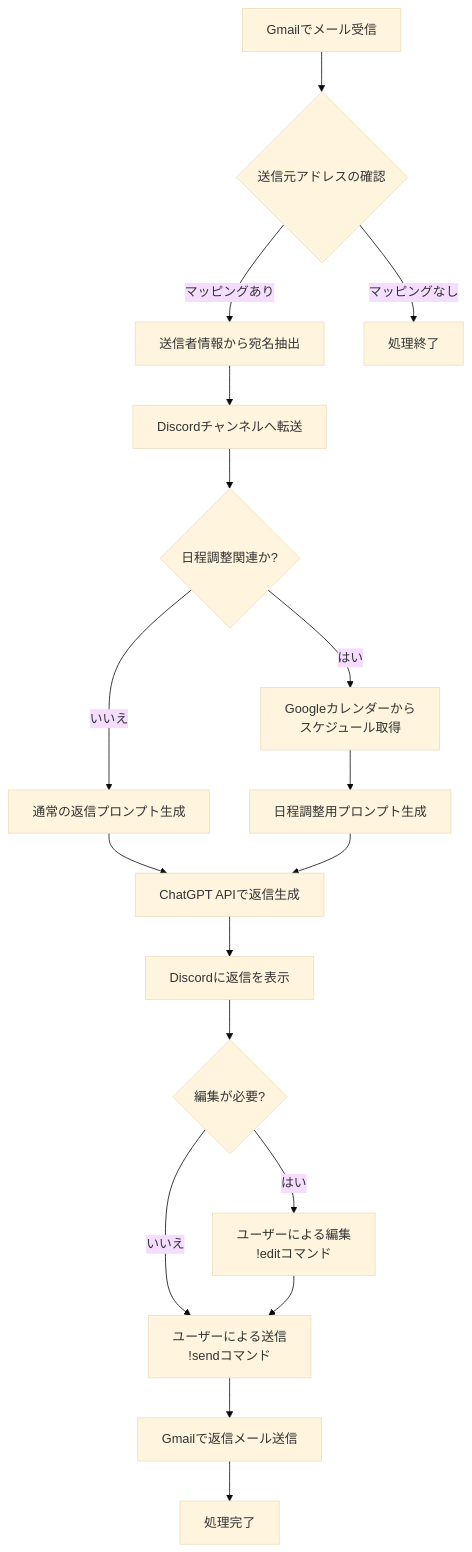
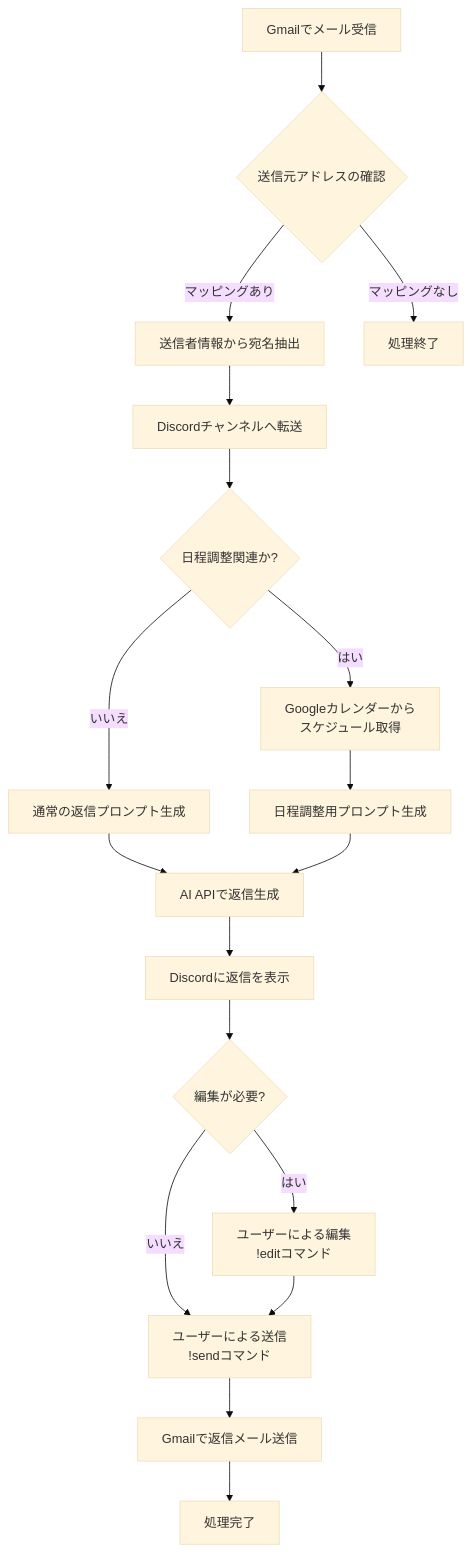
Before and after one commit to YUiCHI-Ai/gmail-discord-ai-responder: the diagram in README.md, drawn with Mermaid (base theme). The commit also changed other lines of this file and 9 other files, not shown here.

````diff
--- a/README.md
+++ b/README.md
@@ -265,20 +278,20 @@
 ```mermaid
 flowchart TD
     A[Gmailでメール受信] --> B{送信元アドレスの確認}
     B -->|マッピングあり| C[送信者情報から宛名抽出]
     B -->|マッピングなし| Z[処理終了]
     C --> D[Discordチャンネルへ転送]
     D --> E{日程調整関連か?}
     E -->|はい| F[Googleカレンダーから\nスケジュール取得]
     E -->|いいえ| G[通常の返信プロンプト生成]
     F --> H[日程調整用プロンプト生成]
-    G --> I[ChatGPT APIで返信生成]
+    G --> I[AI APIで返信生成]
     H --> I
     I --> J[Discordに返信を表示]
     J --> L{編集が必要?}
     L -->|はい| M[ユーザーによる編集\n!editコマンド]
     L -->|いいえ| N[ユーザーによる送信\n!sendコマンド]
     M --> N
     N --> O[Gmailで返信メール送信]
     O --> P[処理完了]
 ```
````
